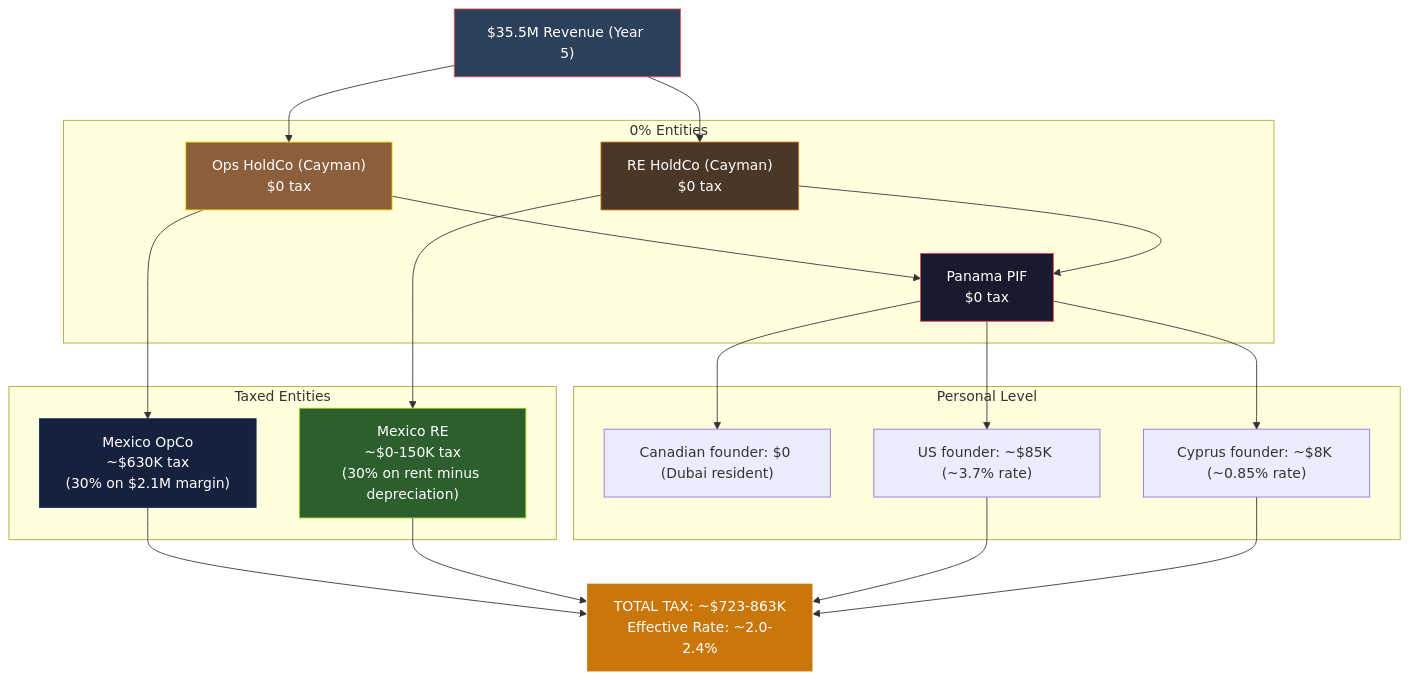
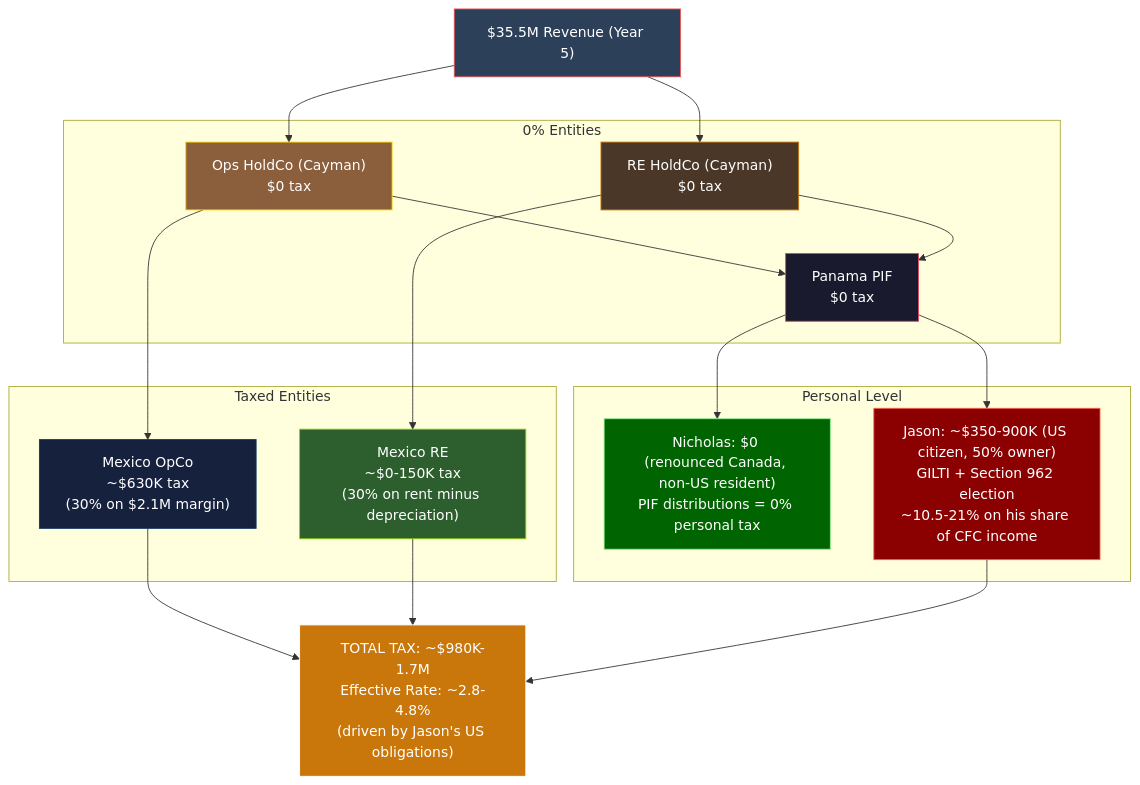
One commit to Light-Brands/epic-center changed the fifth of 5 diagrams in docs/tax-structure/te/TEC-STANDALONE-STRUCTURE.md. Above: the diagram before and after it, drawn with Mermaid. The commit also changed other lines of this file, not shown here.

First line of the commit message:
Update TEC standalone structure: 50/50 Jason/Nicholas, S.A. layer, CFC/GILTI analysis

````diff
--- a/docs/tax-structure/te/TEC-STANDALONE-STRUCTURE.md
+++ b/docs/tax-structure/te/TEC-STANDALONE-STRUCTURE.md
@@ -590,46 +629,45 @@
 ```mermaid
 graph TB
     REV["$35.5M Revenue (Year 5)"]
 
     subgraph "0% Entities"
         OPS_CAY["Ops HoldCo (Cayman)<br/>$0 tax"]
         RE_CAY["RE HoldCo (Cayman)<br/>$0 tax"]
         PIF_TAX["Panama PIF<br/>$0 tax"]
     end
 
     subgraph "Taxed Entities"
         MEX_OPS_TAX["Mexico OpCo<br/>~$630K tax<br/>(30% on $2.1M margin)"]
         MEX_RE_TAX["Mexico RE<br/>~$0-150K tax<br/>(30% on rent minus depreciation)"]
     end
 
     subgraph "Personal Level"
-        CAN["Canadian founder: $0 (Dubai resident)"]
-        US["US founder: ~$85K (~3.7% rate)"]
-        CYP["Cyprus founder: ~$8K (~0.85% rate)"]
+        NICH["Nicholas: $0 (renounced Canada, non-US resident)<br/>PIF distributions = 0% personal tax"]
+        JASON_TAX["Jason: ~$350-900K (US citizen, 50% owner)<br/>GILTI + Section 962 election<br/>~10.5-21% on his share of CFC income"]
     end
 
-    TOTAL["TOTAL TAX: ~$723-863K<br/>Effective Rate: ~2.0-2.4%"]
+    TOTAL["TOTAL TAX: ~$980K-1.7M<br/>Effective Rate: ~2.8-4.8%<br/>(driven by Jason's US obligations)"]
 
     REV --> OPS_CAY
     REV --> RE_CAY
     OPS_CAY --> MEX_OPS_TAX
     RE_CAY --> MEX_RE_TAX
     OPS_CAY --> PIF_TAX
     RE_CAY --> PIF_TAX
-    PIF_TAX --> CAN
-    PIF_TAX --> US
-    PIF_TAX --> CYP
+    PIF_TAX --> NICH
+    PIF_TAX --> JASON_TAX
 
     MEX_OPS_TAX --> TOTAL
     MEX_RE_TAX --> TOTAL
-    US --> TOTAL
-    CYP --> TOTAL
+    JASON_TAX --> TOTAL
 
     style REV fill:#2d4059,stroke:#ea5455,color:#fff
     style OPS_CAY fill:#8b5e3c,stroke:#ffd700,color:#fff
     style RE_CAY fill:#4a3728,stroke:#c9770a,color:#fff
     style PIF_TAX fill:#1a1a2e,stroke:#e94560,color:#fff
     style MEX_OPS_TAX fill:#16213e,stroke:#0f3460,color:#fff
     style MEX_RE_TAX fill:#2c5f2d,stroke:#97cc04,color:#fff
+    style NICH fill:#006400,stroke:#90ee90,color:#fff
+    style JASON_TAX fill:#8b0000,stroke:#ff6347,color:#fff
     style TOTAL fill:#c9770a,stroke:#fff,color:#fff
 ```
````
